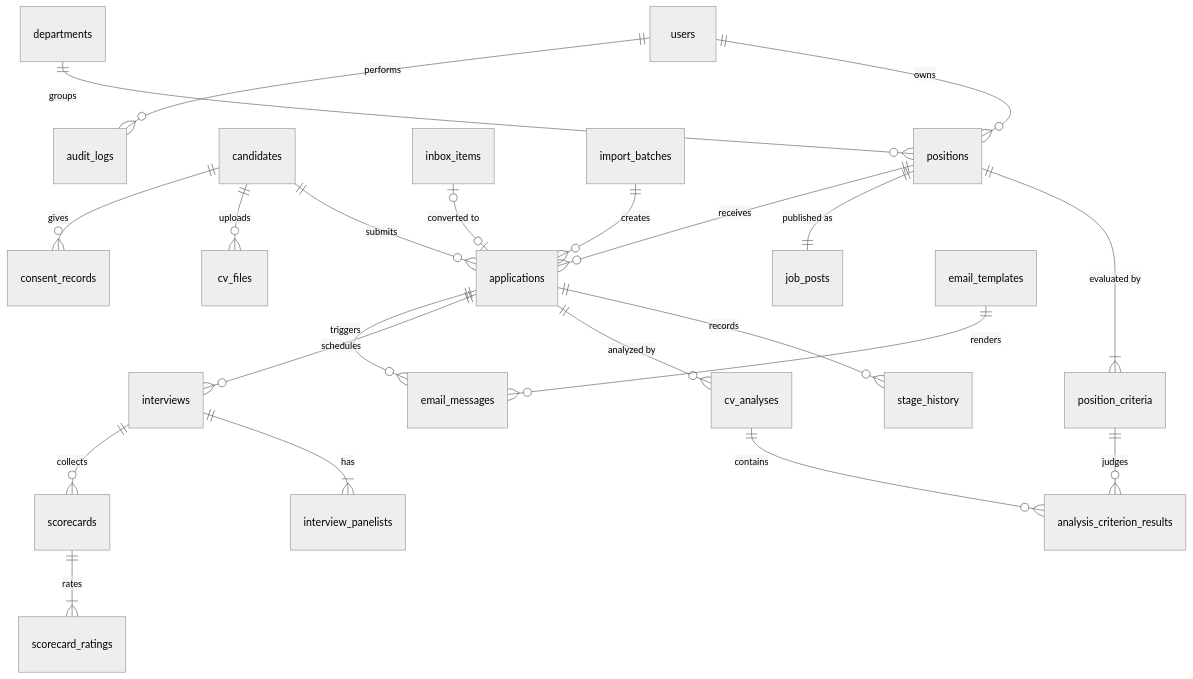
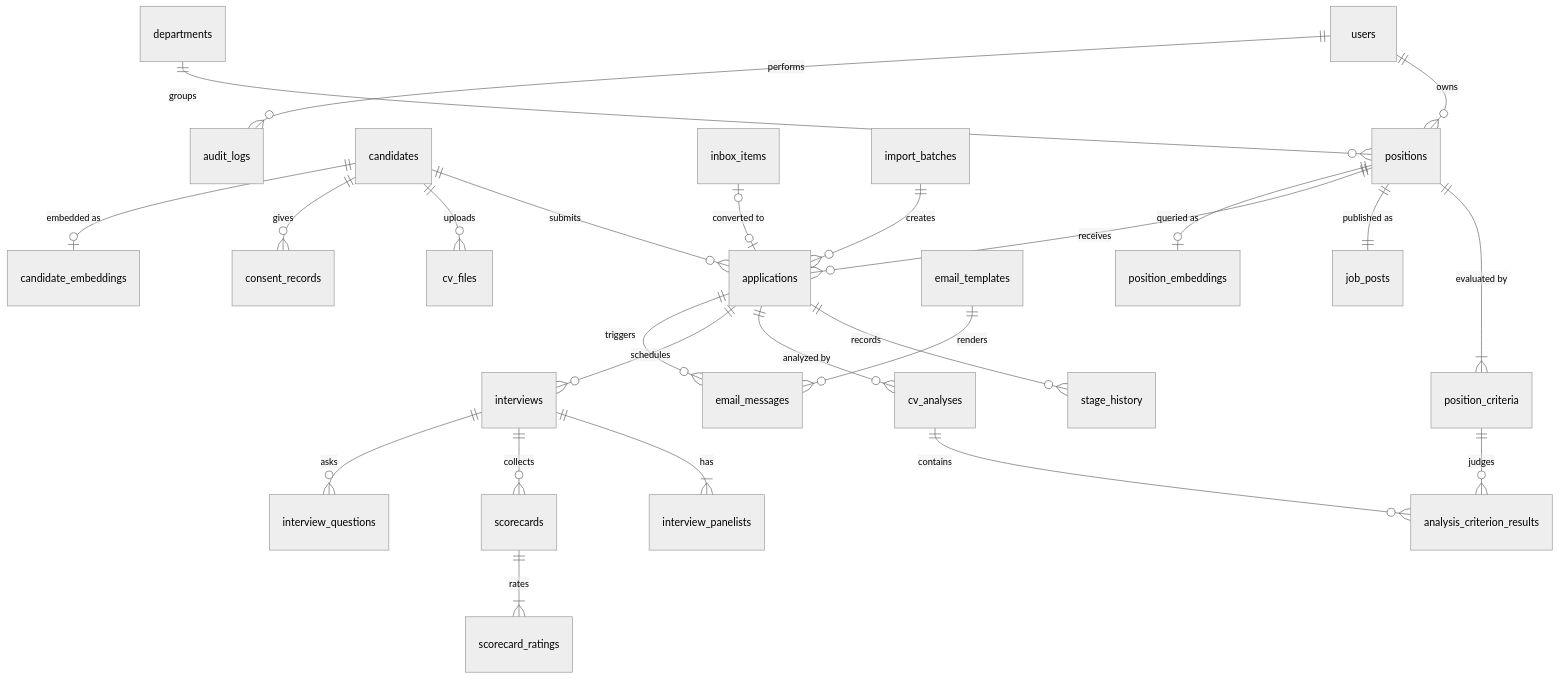
Before and after one commit to duongk18FPTU/recruitment-ats: the fifth of 7 diagrams in README.md, drawn with Mermaid (neutral theme). The commit also changed other lines of this file and 28 other files, not shown here.

````diff
--- a/README.md
+++ b/README.md
@@ -372,24 +380,27 @@
 ```mermaid
 erDiagram
     users ||--o{ positions : owns
     departments ||--o{ positions : groups
     positions ||--|{ position_criteria : "evaluated by"
     positions ||--|| job_posts : "published as"
     positions ||--o{ applications : receives
     candidates ||--o{ applications : submits
     candidates ||--o{ cv_files : uploads
     candidates ||--o{ consent_records : gives
     applications ||--o{ stage_history : records
     applications ||--o{ cv_analyses : "analyzed by"
     cv_analyses ||--o{ analysis_criterion_results : contains
     position_criteria ||--o{ analysis_criterion_results : judges
     applications ||--o{ interviews : schedules
     interviews ||--|{ interview_panelists : has
     interviews ||--o{ scorecards : collects
     scorecards ||--|{ scorecard_ratings : rates
     applications ||--o{ email_messages : triggers
     email_templates ||--o{ email_messages : renders
     inbox_items |o--o| applications : "converted to"
     import_batches ||--o{ applications : creates
     users ||--o{ audit_logs : performs
+    candidates ||--o| candidate_embeddings : "embedded as"
+    positions ||--o| position_embeddings : "queried as"
+    interviews ||--o{ interview_questions : asks
 ```
````
